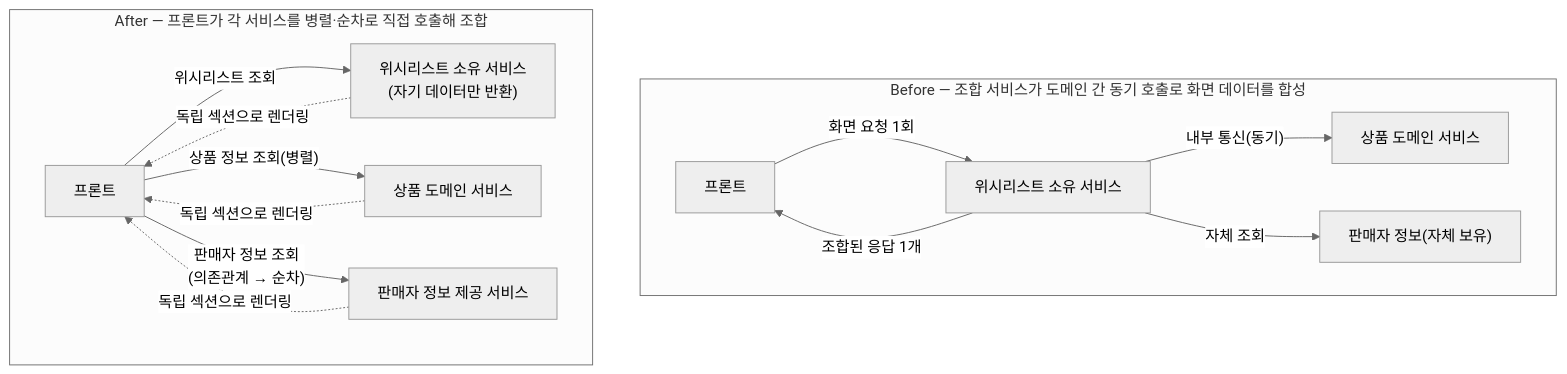
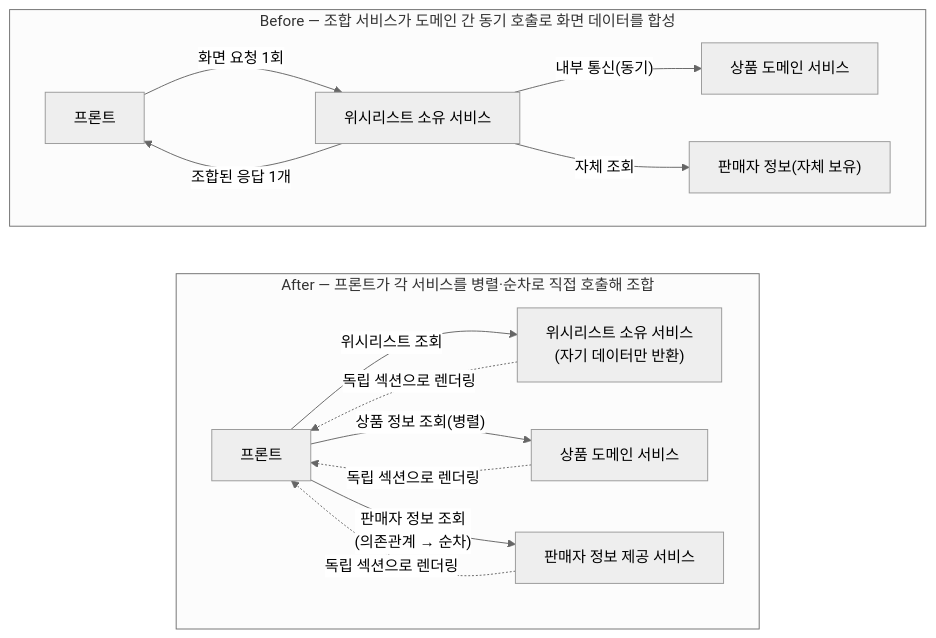
One commit to Jinpyo-An/Jinpyo-An.github.io changed the diagram in src/content/projects/ai-prompt-marketplace/troubleshooting/page-composition-frontend-migration/index.md. Above: the diagram before and after it, drawn with Mermaid (neutral theme). The commit also changed 2 other files, not shown here.

Commit message:
fix: 트러블슈팅 mermaid 다이어그램 Before/After 배치 순서 고정
subgraph 간 연결선이 없어 mermaid 자동 레이아웃이 소스 선언 순서와
무관하게 배치하던 문제를 보이지 않는 링크(~~~)로 고정. refund 문서는
LR 방향에서 종횡비가 과도하게 납작해지던 것도 TB로 조정.

````diff
--- a/src/content/projects/ai-prompt-marketplace/troubleshooting/page-composition-frontend-migration/index.md
+++ b/src/content/projects/ai-prompt-marketplace/troubleshooting/page-composition-frontend-migration/index.md
@@ -27,18 +27,20 @@
 ```mermaid
 flowchart TB
     subgraph BEFORE["Before — 조합 서비스가 도메인 간 동기 호출로 화면 데이터를 합성"]
         FE1["프론트"] -->|"화면 요청 1회"| SVC["위시리스트 소유 서비스"]
         SVC -->|"내부 통신(동기)"| PRD["상품 도메인 서비스"]
         SVC -->|"자체 조회"| SELF["판매자 정보(자체 보유)"]
         SVC -->|"조합된 응답 1개"| FE1
     end
 
     subgraph AFTER["After — 프론트가 각 서비스를 병렬·순차로 직접 호출해 조합"]
         FE2["프론트"] -->|"위시리스트 조회"| WL["위시리스트 소유 서비스\n(자기 데이터만 반환)"]
         FE2 -->|"상품 정보 조회(병렬)"| PRD2["상품 도메인 서비스"]
         FE2 -->|"판매자 정보 조회\n(의존관계 → 순차)"| SEL2["판매자 정보 제공 서비스"]
         WL -.->|"독립 섹션으로 렌더링"| FE2
         PRD2 -.->|"독립 섹션으로 렌더링"| FE2
         SEL2 -.->|"독립 섹션으로 렌더링"| FE2
     end
+
+    BEFORE ~~~ AFTER
 ```
````
